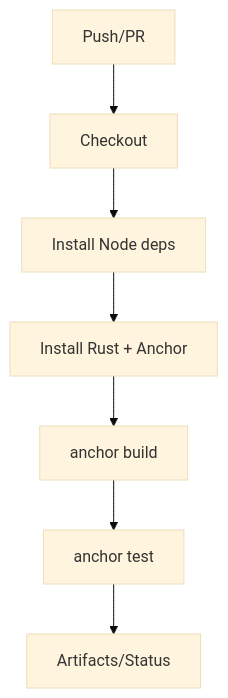
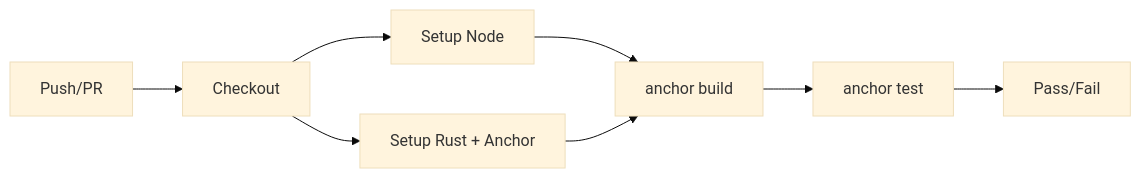
The fourth of 4 diagrams in README.md (AceAIlov/Mollyslab), drawn with Mermaid (base theme) before and after one commit. The commit also changed other lines of this file, not shown here.

````diff
--- a/README.md
+++ b/README.md
@@ -173,9 +126,10 @@
 ```mermaid
-flowchart TD
-  C[Push/PR] --> A[Checkout]
-  A --> N[Install Node deps]
-  N --> RA[Install Rust + Anchor]
-  RA --> B[anchor build]
-  B --> T[anchor test]
-  T --> G[Artifacts/Status]
+flowchart LR
+  Push[Push/PR] --> Checkout[Checkout]
+  Checkout --> SetupNode[Setup Node]
+  Checkout --> SetupRust[Setup Rust + Anchor]
+  SetupNode --> Build[anchor build]
+  SetupRust --> Build
+  Build --> Test[anchor test]
+  Test --> Status[Pass/Fail]
 ```
````
